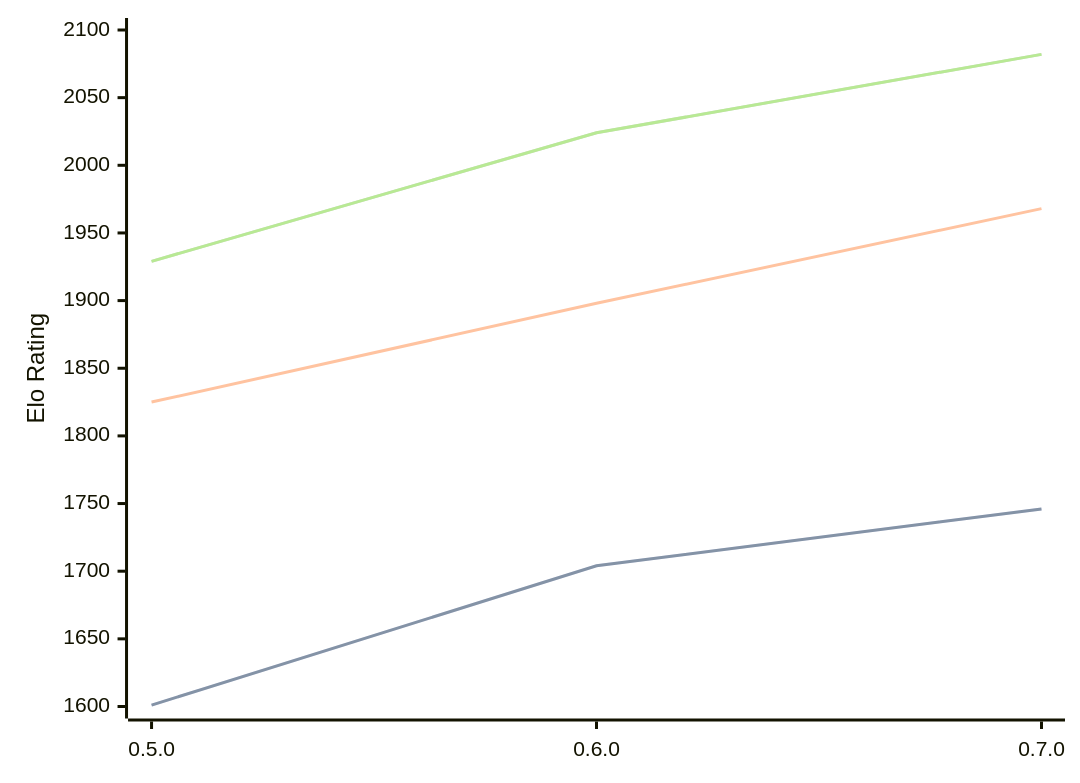
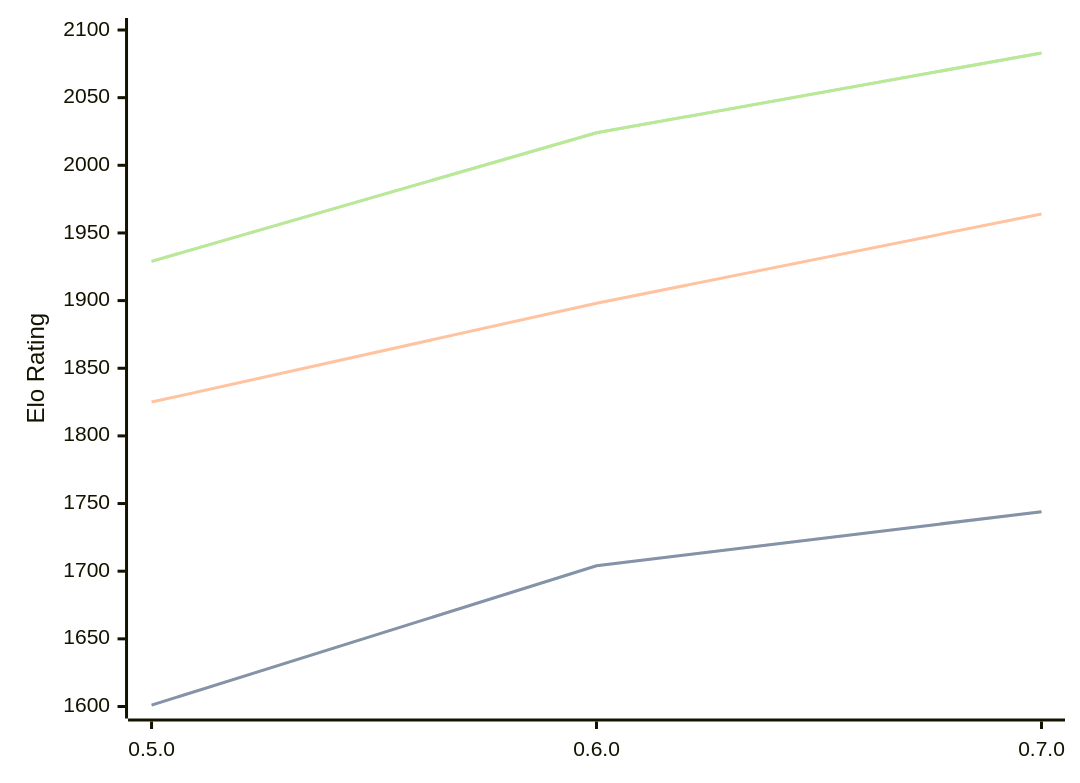
The diagram in engines/Chess-rs.md (computer-chess-index/cci), drawn with Mermaid before and after one commit. The commit also changed other lines of this file, not shown here.

Commit message:
Update CCI Ratings (ELO VLTC) - 2026-03-06

````diff
--- a/engines/Chess-rs.md
+++ b/engines/Chess-rs.md
@@ -39,11 +39,11 @@
 ```mermaid
 %%{init: {"theme":"base","themeVariables":{"seriesColors:['#a3a3a3','#222221','#faa371']}}}%%
 xychart-beta
   x-axis ["0.5.0", "0.6.0", "0.7.0"]
   y-axis "Elo Rating" 1600 --> 2100
-  line "STC (8.0+0.08s)" [1601, 1704, 1746]
-  line "STC (8.0+0.08s)" [1601, 1704, 1746]
-  line "LTC (60.0+0.60s)" [1825, 1898, 1968]
-  line "VLTC (2m24s+1.12s)" [1929, 2024, 2082]
-  line "VLTC (2m24s+1.12s)" [1929, 2024, 2082]
+  line "STC (8.0+0.08s)" [1601, 1704, 1744]
+  line "STC (8.0+0.08s)" [1601, 1704, 1744]
+  line "LTC (60.0+0.60s)" [1825, 1898, 1964]
+  line "VLTC (2m24s+1.12s)" [1929, 2024, 2083]
+  line "VLTC (2m24s+1.12s)" [1929, 2024, 2083]
 ```
````
